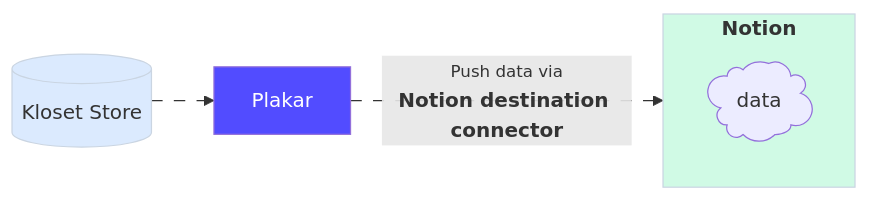
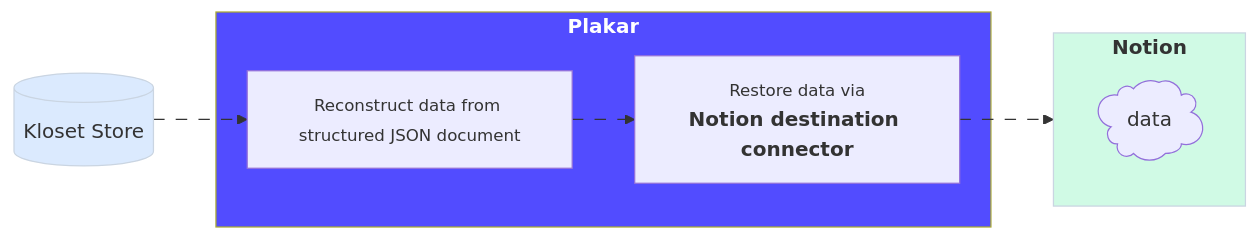
The second of 2 diagrams in content/docs/v1.0.6/integrations/notion/index.md (PlakarKorp/plakar.io), drawn with Mermaid before and after one commit. The commit also changed other lines of this file, not shown here.

Commit message:
notion: better docs

```diff
--- a/content/docs/v1.0.6/integrations/notion/index.md
+++ b/content/docs/v1.0.6/integrations/notion/index.md
@@ -158,24 +165,32 @@
 {{< mermaid >}}
 flowchart LR
 
 Store@{ shape: cyl, label: "Kloset Store" }
 
-Store --> Plakar
+subgraph Plakar[<b>Plakar</b>]
+  Transform@{ shape: rect, label: "<small>Reconstruct data from structured JSON document</small>" }
+  Connector@{ shape: rect, label: "<small>Restore data via</small><br><b>Notion destination connector</b>" }
+
+  Transform --> Connector
+end
+
+Store --> Transform
 
 subgraph Destination[<b>Notion</b>]
   fs@{ shape: cloud, label: "data" }
 end
 
-Plakar -- <small>Push data via</small><br><b>Notion destination connector</b> --> Destination
+Connector --> Destination
+
 %% Apply classes
 class Destination destinationBox
 class Plakar brandBox
 class Store storeBox
 
 %% Classes definitions
 classDef destinationBox fill:#d0fae5,stroke:#cad5e2,stroke-width:1px
 classDef brandBox fill:#524cff,color:#ffffff
 classDef storeBox fill:#dbeafe,stroke:#cad5e2,stroke-width:1px
 
 linkStyle default stroke-dasharray: 9,5,stroke-dashoffset: 900,animation: dash 25s linear infinite;
 {{< /mermaid >}}
```
